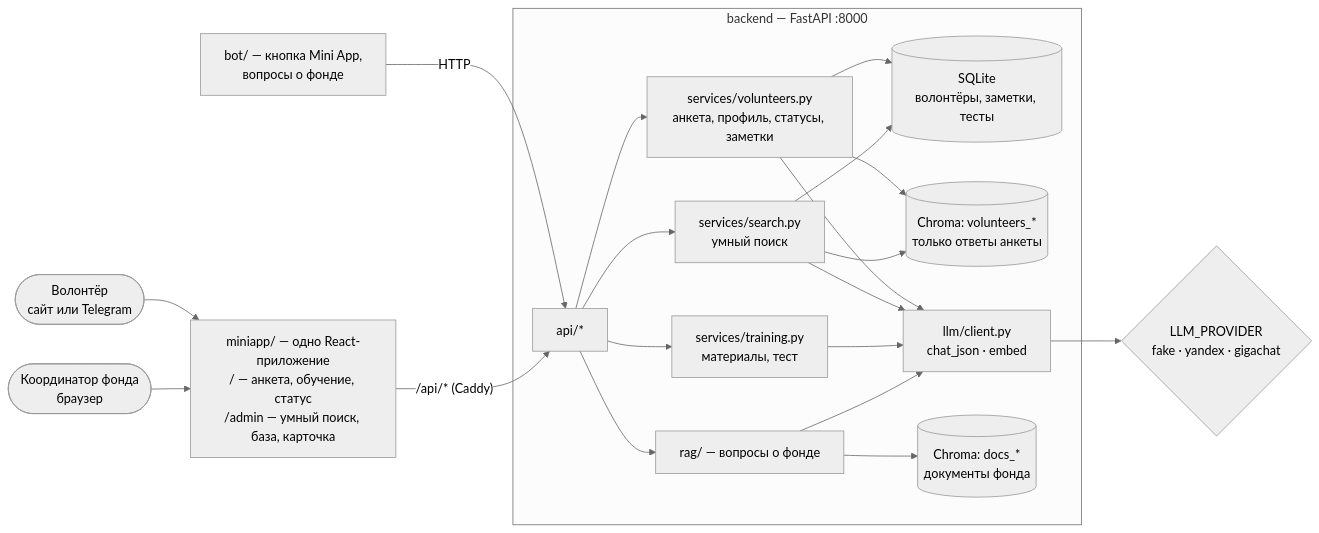
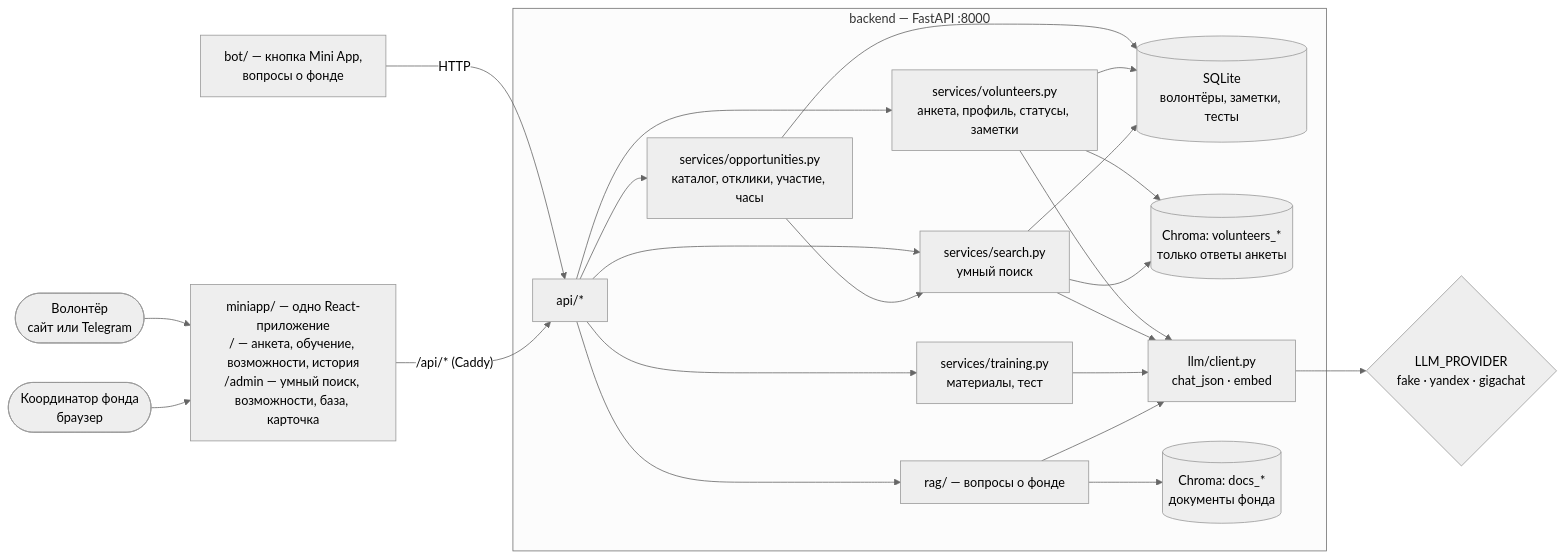
Before and after one commit to fry-alt/kod-so-smyslom-2: the first of 2 diagrams in docs/ARCHITECTURE.md, drawn with Mermaid (neutral theme). The commit also changed other lines of this file and 4 other files, not shown here.

Commit message:
T-20: кейс уточнён по официальному описанию — регионы, формат, каталог возможностей и участие в контракте

````diff
--- a/docs/ARCHITECTURE.md
+++ b/docs/ARCHITECTURE.md
@@ -9,23 +9,26 @@
 ```mermaid
 flowchart LR
     V([Волонтёр<br/>сайт или Telegram]) --> FE
     K([Координатор фонда<br/>браузер]) --> FE
-    FE["miniapp/ — одно React-приложение<br/>/ — анкета, обучение, статус<br/>/admin — умный поиск, база, карточка"]
+    FE["miniapp/ — одно React-приложение<br/>/ — анкета, обучение, возможности, история<br/>/admin — умный поиск, возможности, база, карточка"]
     BOT[bot/ — кнопка Mini App,<br/>вопросы о фонде] -- HTTP --> API
     FE -- "/api/* (Caddy)" --> API
 
     subgraph backend [backend — FastAPI :8000]
         API[api/*] --> VOL[services/volunteers.py<br/>анкета, профиль, статусы, заметки]
         API --> SRCH[services/search.py<br/>умный поиск]
         API --> TRN[services/training.py<br/>материалы, тест]
+        API --> OPP[services/opportunities.py<br/>каталог, отклики, участие, часы]
+        OPP --> DB
+        OPP --> SRCH
         API --> RAG[rag/ — вопросы о фонде]
         VOL --> DB[(SQLite<br/>волонтёры, заметки, тесты)]
         VOL --> IDX[(Chroma: volunteers_*<br/>только ответы анкеты)]
         SRCH --> IDX
         SRCH --> DB
         VOL & SRCH & TRN & RAG --> LLM[llm/client.py<br/>chat_json · embed]
         RAG --> DOCS[(Chroma: docs_*<br/>документы фонда)]
     end
 
     LLM --> P{LLM_PROVIDER<br/>fake · yandex · gigachat}
 ```
````
